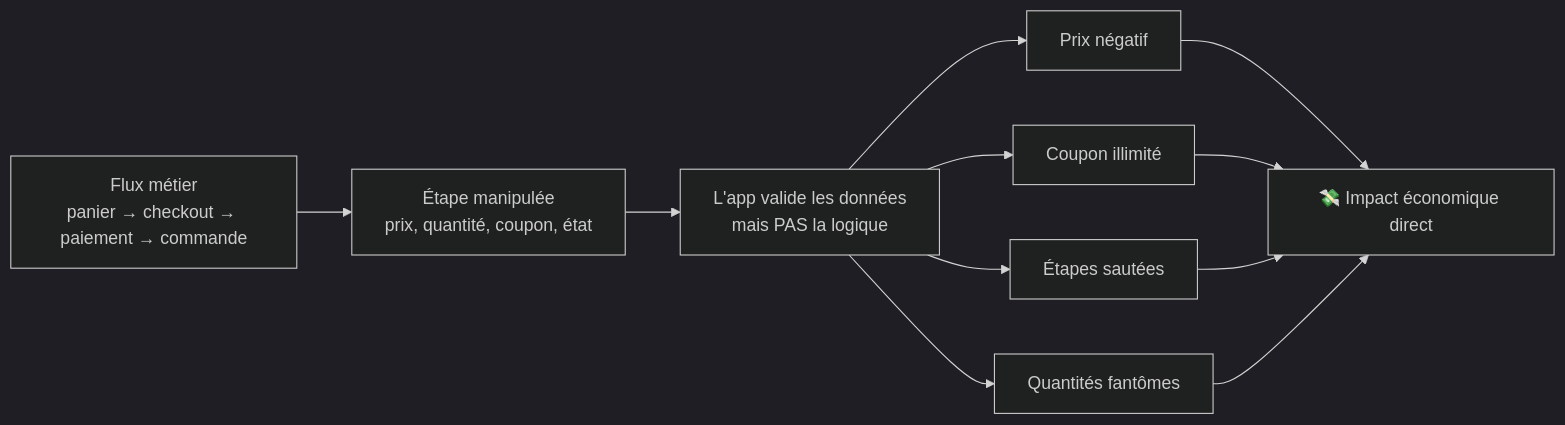
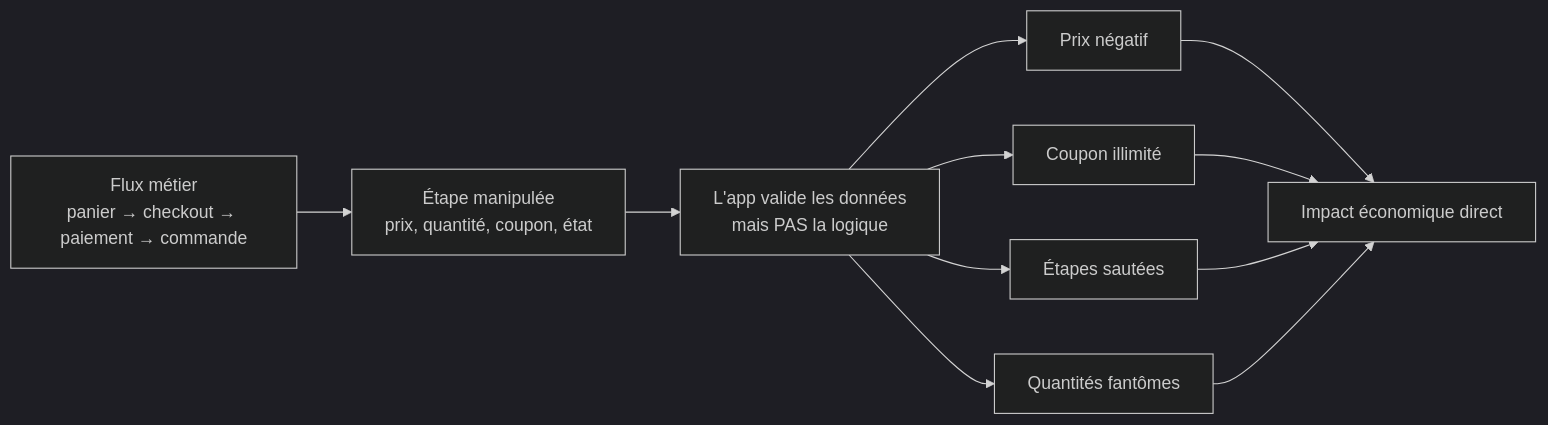
Before and after one commit to F0X-hack/foxhack.fr: the diagram in public/offsidian/vault/Cybersécurité Offensive/Techniques/Business Logic.md, drawn with Mermaid (dark theme). The commit also changed other lines of this file and 369 other files, not shown here.

````diff
--- a/public/offsidian/vault/Cybersécurité Offensive/Techniques/Business Logic.md
+++ b/public/offsidian/vault/Cybersécurité Offensive/Techniques/Business Logic.md
@@ -28,13 +28,13 @@
 ```mermaid
 flowchart LR
     A[Flux métier<br>panier → checkout → paiement → commande] --> B[Étape manipulée<br>prix, quantité, coupon, état]
     B --> C[L'app valide les données<br>mais PAS la logique]
     C --> D[Prix négatif]
     C --> E[Coupon illimité]
     C --> F[Étapes sautées]
     C --> G[Quantités fantômes]
-    D --> H[💸 Impact économique direct]
+    D --> H[Impact économique direct]
     E --> H
     F --> H
     G --> H
 ```
````
